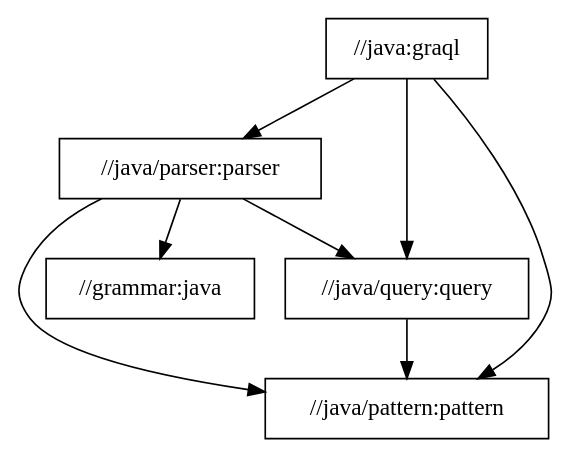
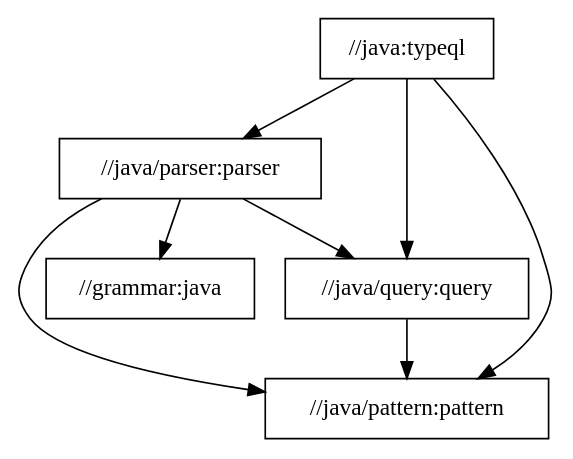
Before and after one commit to typedb/typeql: the diagram in docs/java-package-structure.dot, drawn with Graphviz. The commit also changed 86 other files, not shown here.

Commit message:
Renamed 'Grakn' to 'TypeDB', 'Graql' to 'TypeQL', and 'Grakn Labs' to 'Vaticle'

```diff
--- a/docs/java-package-structure.dot
+++ b/docs/java-package-structure.dot
@@ -1,32 +1,32 @@
 #
- # Copyright (C) 2021 Grakn Labs
+ # Copyright (C) 2021 Vaticle
  #
  # This program is free software: you can redistribute it and/or modify
  # it under the terms of the GNU Affero General Public License as
  # published by the Free Software Foundation, either version 3 of the
  # License, or (at your option) any later version.
  #
  # This program is distributed in the hope that it will be useful,
  # but WITHOUT ANY WARRANTY; without even the implied warranty of
  # MERCHANTABILITY or FITNESS FOR A PARTICULAR PURPOSE.  See the
  # GNU Affero General Public License for more details.
  #
  # You should have received a copy of the GNU Affero General Public License
  # along with this program.  If not, see <https://www.gnu.org/licenses/>.
  #
 
 digraph mygraph {
     node [shape = box];
-    "//java:graql"
-    "//java:graql" -> "//java/parser:parser"
-    "//java:graql" -> "//java/pattern:pattern"
-    "//java:graql" -> "//java/query:query"
+    "//java:typeql"
+    "//java:typeql" -> "//java/parser:parser"
+    "//java:typeql" -> "//java/pattern:pattern"
+    "//java:typeql" -> "//java/query:query"
     "//java/parser:parser"
     "//java/parser:parser" -> "//java/pattern:pattern"
     "//java/parser:parser" -> "//java/query:query"
     "//java/parser:parser" -> "//grammar:java"
     "//java/query:query"
     "//java/query:query" -> "//java/pattern:pattern"
     "//java/pattern:pattern"
     "//grammar:java"
 }
```
